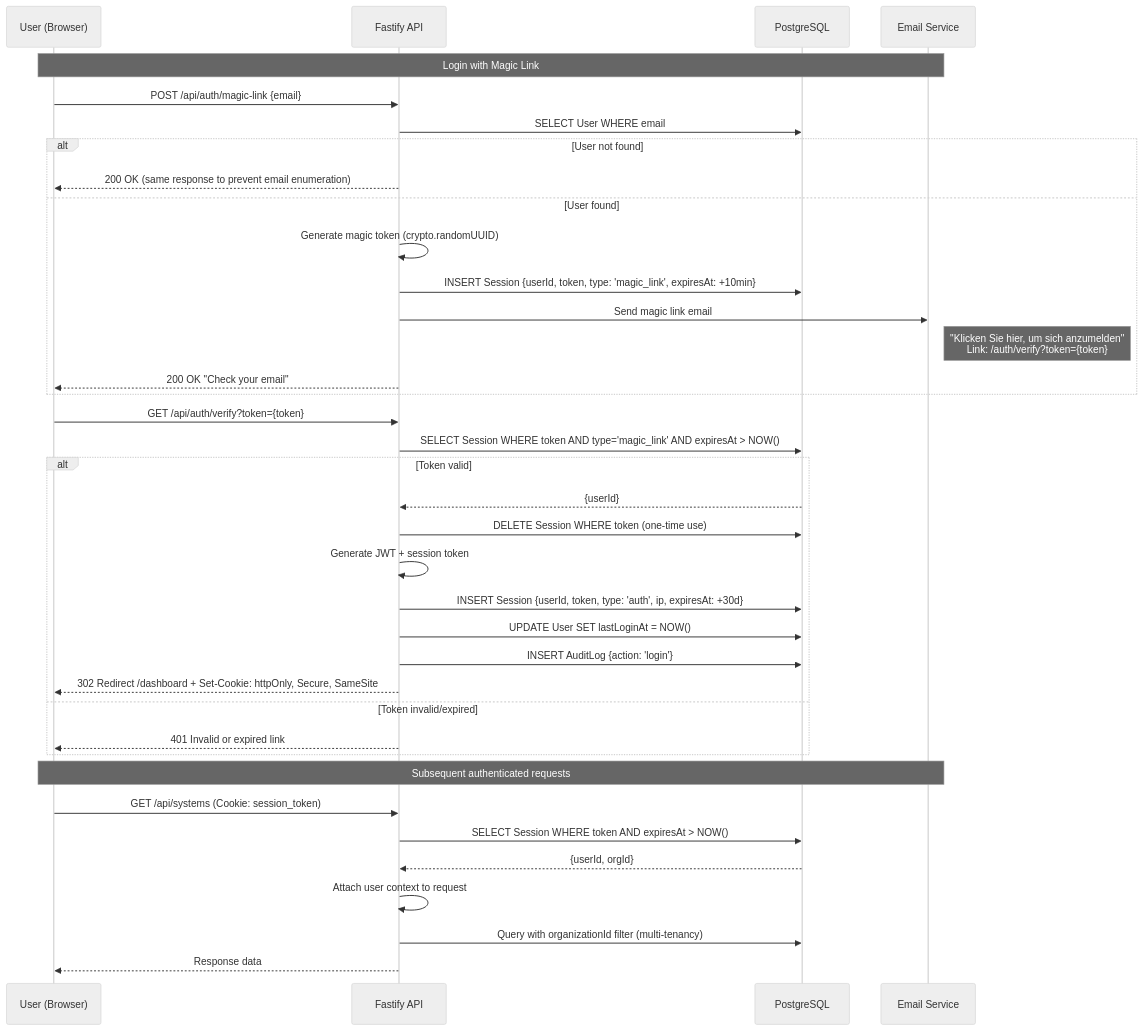
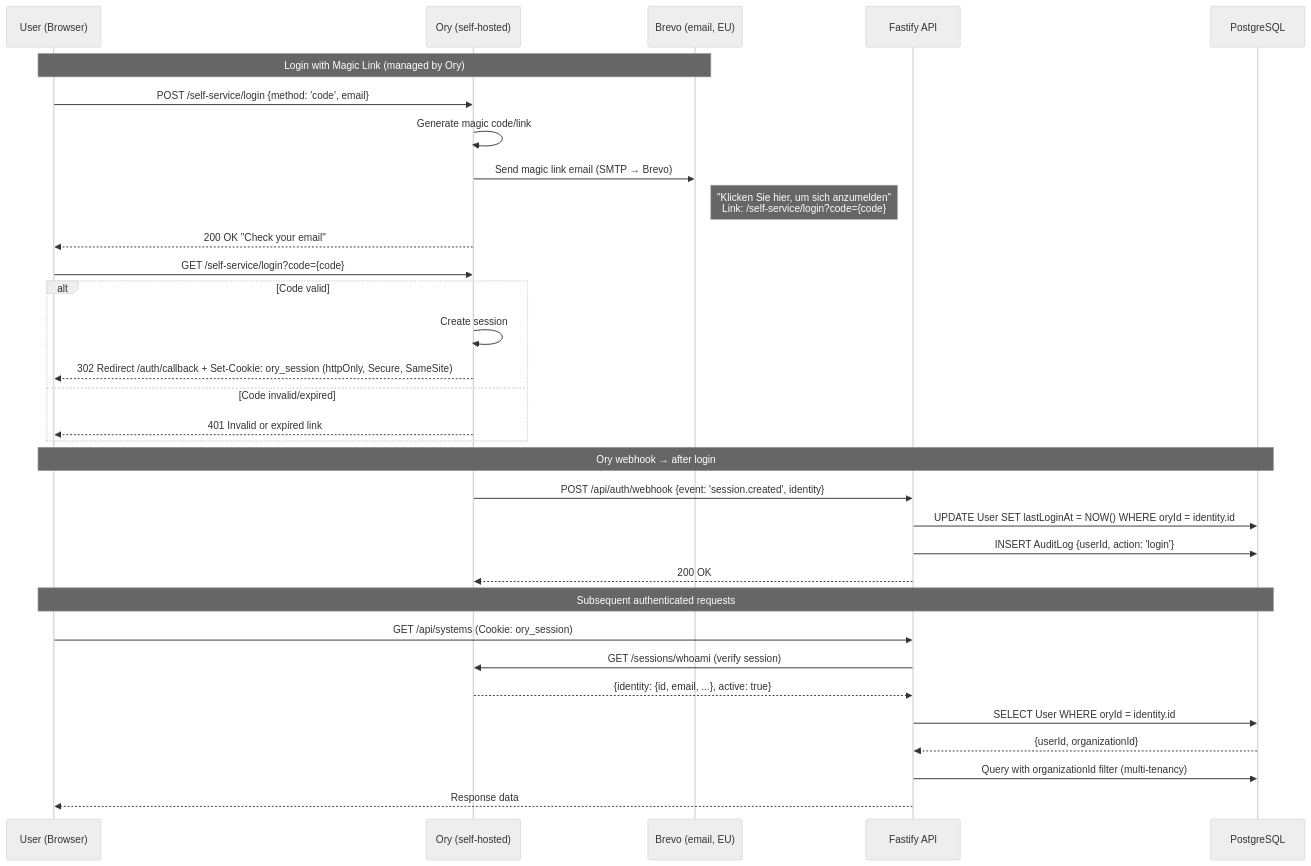
The eighth of 10 diagrams in docs/DATA-FLOWS.md (complior/complior), drawn with Mermaid (neutral theme) before and after one commit. The commit also changed other lines of this file and 10 other files, not shown here.

````diff
--- a/docs/DATA-FLOWS.md
+++ b/docs/DATA-FLOWS.md
@@ -367,45 +375,39 @@
 ```mermaid
 sequenceDiagram
     participant User as User (Browser)
+    participant Ory as Ory (self-hosted)
+    participant Brevo as Brevo (email, EU)
     participant API as Fastify API
     participant DB as PostgreSQL
-    participant Email as Email Service
 
-    Note over User,Email: Login with Magic Link
+    Note over User,Brevo: Login with Magic Link (managed by Ory)
 
-    User->>API: POST /api/auth/magic-link {email}
-    API->>DB: SELECT User WHERE email
-    alt User not found
-        API-->>User: 200 OK (same response to prevent email enumeration)
-    else User found
-        API->>API: Generate magic token (crypto.randomUUID)
-        API->>DB: INSERT Session {userId, token, type: 'magic_link', expiresAt: +10min}
-        API->>Email: Send magic link email
-        Note right of Email: "Klicken Sie hier, um sich anzumelden"<br/>Link: /auth/verify?token={token}
-        API-->>User: 200 OK "Check your email"
+    User->>Ory: POST /self-service/login {method: 'code', email}
+    Ory->>Ory: Generate magic code/link
+    Ory->>Brevo: Send magic link email (SMTP → Brevo)
+    Note right of Brevo: "Klicken Sie hier, um sich anzumelden"<br/>Link: /self-service/login?code={code}
+    Ory-->>User: 200 OK "Check your email"
+
+    User->>Ory: GET /self-service/login?code={code}
+    alt Code valid
+        Ory->>Ory: Create session
+        Ory-->>User: 302 Redirect /auth/callback + Set-Cookie: ory_session (httpOnly, Secure, SameSite)
+    else Code invalid/expired
+        Ory-->>User: 401 Invalid or expired link
     end
 
-    User->>API: GET /api/auth/verify?token={token}
-    API->>DB: SELECT Session WHERE token AND type='magic_link' AND expiresAt > NOW()
-    alt Token valid
-        DB-->>API: {userId}
-        API->>DB: DELETE Session WHERE token (one-time use)
+    Note over User,DB: Ory webhook → after login
+    Ory->>API: POST /api/auth/webhook {event: 'session.created', identity}
+    API->>DB: UPDATE User SET lastLoginAt = NOW() WHERE oryId = identity.id
+    API->>DB: INSERT AuditLog {userId, action: 'login'}
+    API-->>Ory: 200 OK
 
-        API->>API: Generate JWT + session token
-        API->>DB: INSERT Session {userId, token, type: 'auth', ip, expiresAt: +30d}
-        API->>DB: UPDATE User SET lastLoginAt = NOW()
-        API->>DB: INSERT AuditLog {action: 'login'}
-
-        API-->>User: 302 Redirect /dashboard + Set-Cookie: httpOnly, Secure, SameSite
-    else Token invalid/expired
-        API-->>User: 401 Invalid or expired link
-    end
-
-    Note over User,Email: Subsequent authenticated requests
-    User->>API: GET /api/systems (Cookie: session_token)
-    API->>DB: SELECT Session WHERE token AND expiresAt > NOW()
-    DB-->>API: {userId, orgId}
-    API->>API: Attach user context to request
+    Note over User,DB: Subsequent authenticated requests
+    User->>API: GET /api/systems (Cookie: ory_session)
+    API->>Ory: GET /sessions/whoami (verify session)
+    Ory-->>API: {identity: {id, email, ...}, active: true}
+    API->>DB: SELECT User WHERE oryId = identity.id
+    DB-->>API: {userId, organizationId}
     API->>DB: Query with organizationId filter (multi-tenancy)
     API-->>User: Response data
 ```
````
